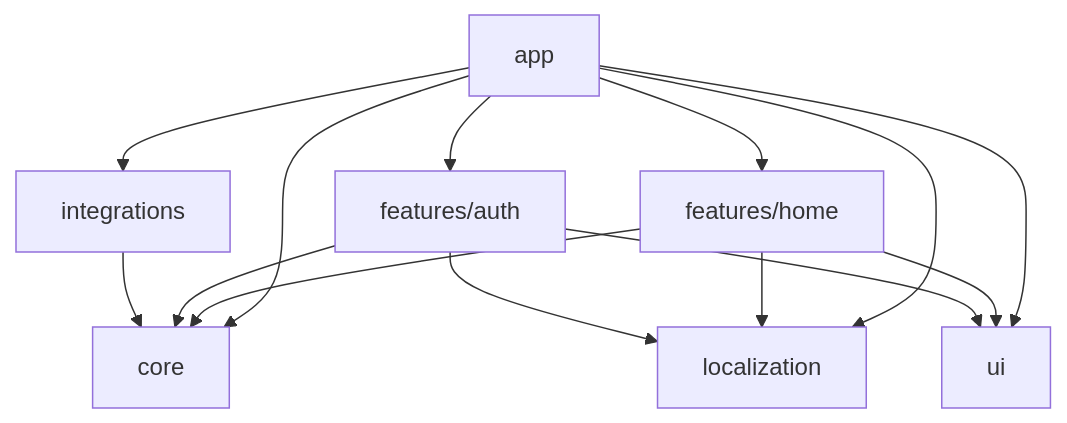
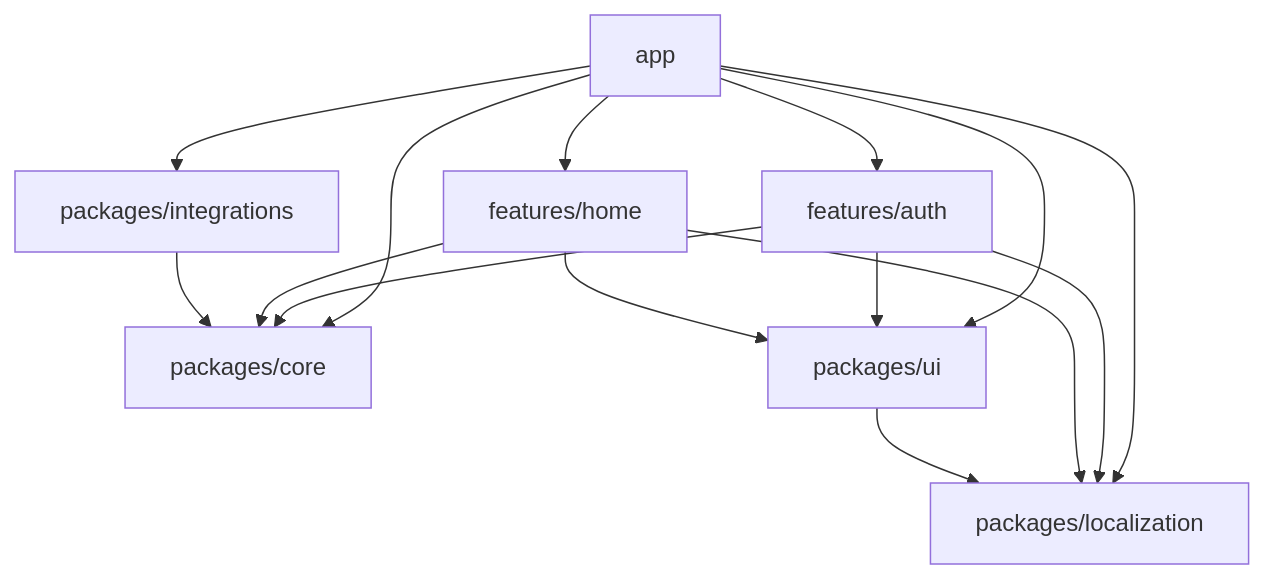
Before and after one commit to jasonw-dev/flutter-app-template: the diagram in docs/architecture.md, drawn with Mermaid. The commit also changed other lines of this file and 5 other files, not shown here.

````diff
--- a/docs/architecture.md
+++ b/docs/architecture.md
@@ -65,23 +70,25 @@
 ```mermaid
 graph TD
-  core
-  ui
-  localization
-
-  integrations --> core
-
-  auth[features/auth] --> core
-  auth --> localization
-  auth --> ui
-
-  home[features/home] --> core
-  home --> localization
-  home --> ui
+  app
+  auth[features/auth]
+  home[features/home]
+  core[packages/core]
+  integrations[packages/integrations]
+  localization[packages/localization]
+  ui[packages/ui]
 
   app --> auth
+  app --> core
   app --> home
-  app --> core
   app --> integrations
   app --> localization
   app --> ui
+  auth --> core
+  auth --> localization
+  auth --> ui
+  home --> core
+  home --> localization
+  home --> ui
+  integrations --> core
+  ui --> localization
 ```
````
